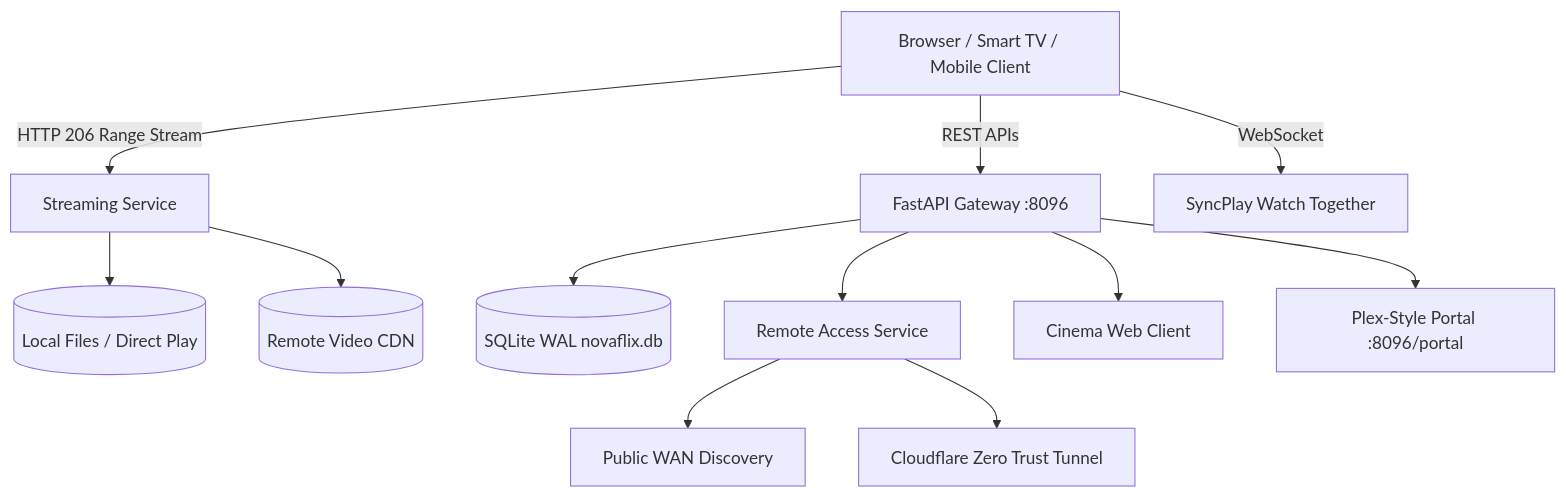
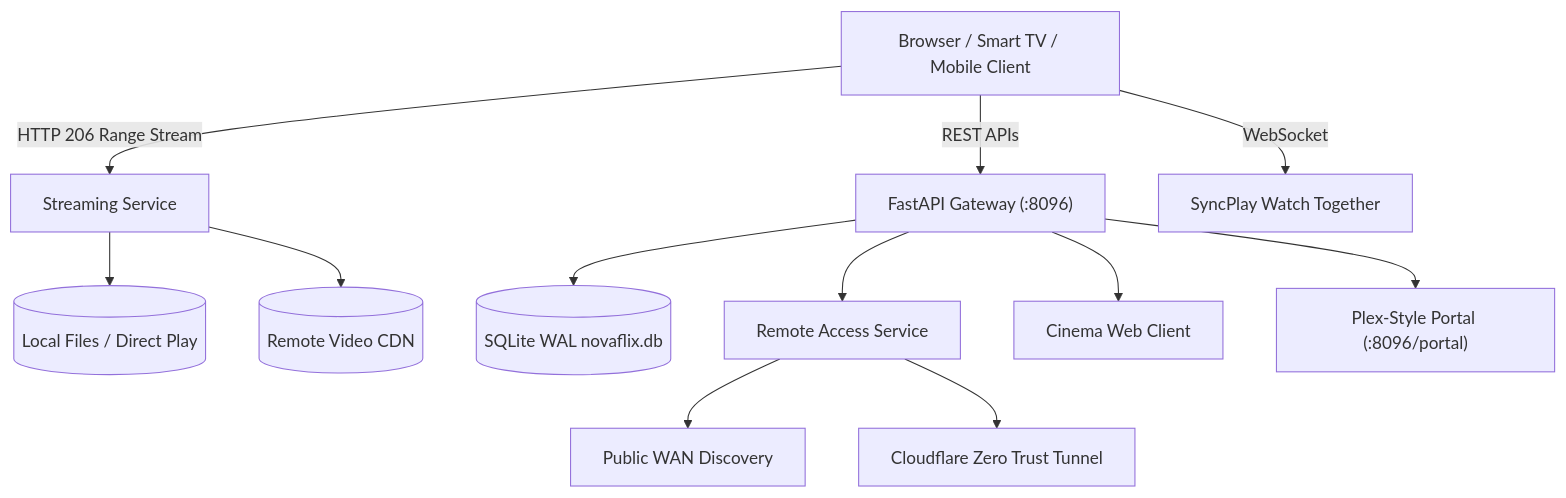
One commit to digdast/novaflix changed the diagram in README.md. Above: the diagram before and after it, drawn with Mermaid.

Commit message:
fix(docs): quote node labels in Architecture diagram

````diff
--- a/README.md
+++ b/README.md
@@ -104,18 +104,18 @@
 ```mermaid
 graph TD
-    Client[Browser / Smart TV / Mobile Client] -->|HTTP 206 Range Stream| StreamEngine[Streaming Service]
-    Client -->|REST APIs| APIGateway[FastAPI Gateway :8096]
-    Client -->|WebSocket| SyncPlay[SyncPlay Watch Together]
+    Client["Browser / Smart TV / Mobile Client"] -->|"HTTP 206 Range Stream"| StreamEngine["Streaming Service"]
+    Client -->|"REST APIs"| APIGateway["FastAPI Gateway (:8096)"]
+    Client -->|"WebSocket"| SyncPlay["SyncPlay Watch Together"]
     
-    APIGateway --> Database[(SQLite WAL novaflix.db)]
-    APIGateway --> RemoteService[Remote Access Service]
+    APIGateway --> Database[("SQLite WAL novaflix.db")]
+    APIGateway --> RemoteService["Remote Access Service"]
     
-    RemoteService --> PublicIP[Public WAN Discovery]
-    RemoteService --> CloudflareTunnel[Cloudflare Zero Trust Tunnel]
+    RemoteService --> PublicIP["Public WAN Discovery"]
+    RemoteService --> CloudflareTunnel["Cloudflare Zero Trust Tunnel"]
     
-    StreamEngine --> LocalMedia[(Local Files / Direct Play)]
-    StreamEngine --> RemoteCDN[(Remote Video CDN)]
+    StreamEngine --> LocalMedia[("Local Files / Direct Play")]
+    StreamEngine --> RemoteCDN[("Remote Video CDN")]
     
-    APIGateway --> CinemaUI[Cinema Web Client]
-    APIGateway --> DownloadPortal[Plex-Style Portal :8096/portal]
+    APIGateway --> CinemaUI["Cinema Web Client"]
+    APIGateway --> DownloadPortal["Plex-Style Portal (:8096/portal)"]
 ```
````
